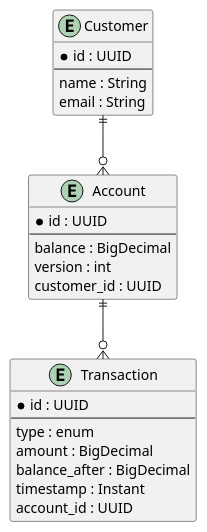
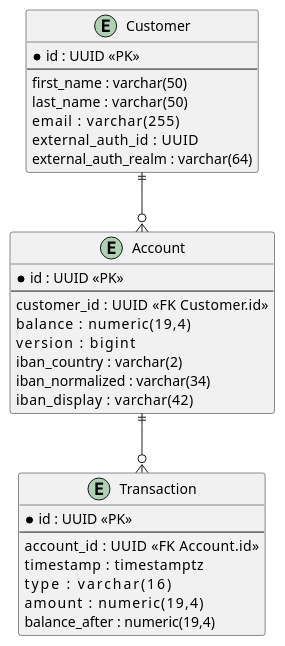
One commit to JNiicholas/banking-mvp changed the second of 4 diagrams in docs/src/docs/asciidoc/index.adoc. Above: the diagram before and after it, drawn with PlantUML. The commit also changed other lines of this file and 15 other files, not shown here.

```diff
--- a/docs/src/docs/asciidoc/index.adoc
+++ b/docs/src/docs/asciidoc/index.adoc
@@ -57,29 +60,38 @@
 [plantuml, target=db-schema, format=svg]
 ....
 @startuml
-entity "Customer" {
-  * id : UUID
+entity "Customer" as CUSTOMER {
+  * id : UUID <<PK>>
   --
-  name : String
-  email : String
+  first_name : varchar(50)
+  last_name  : varchar(50)
+  email      : varchar(255)
+  external_auth_id    : UUID
+  external_auth_realm : varchar(64)
 }
-entity "Account" {
-  * id : UUID
+
+entity "Account" as ACCOUNT {
+  * id : UUID <<PK>>
   --
-  balance : BigDecimal
-  version : int
-  customer_id : UUID
+  customer_id   : UUID <<FK Customer.id>>
+  balance       : numeric(19,4)
+  version       : bigint
+  iban_country  : varchar(2)
+  iban_normalized : varchar(34)
+  iban_display    : varchar(42)
 }
-entity "Transaction" {
-  * id : UUID
+
+entity "Transaction" as TX {
+  * id : UUID <<PK>>
   --
-  type : enum
-  amount : BigDecimal
-  balance_after : BigDecimal
-  timestamp : Instant
-  account_id : UUID
+  account_id    : UUID <<FK Account.id>>
+  timestamp     : timestamptz
+  type          : varchar(16)
+  amount        : numeric(19,4)
+  balance_after : numeric(19,4)
 }
-Customer ||--o{ Account
-Account ||--o{ Transaction
+
+CUSTOMER ||--o{ ACCOUNT
+ACCOUNT  ||--o{ TX
 @enduml
 ....
```
